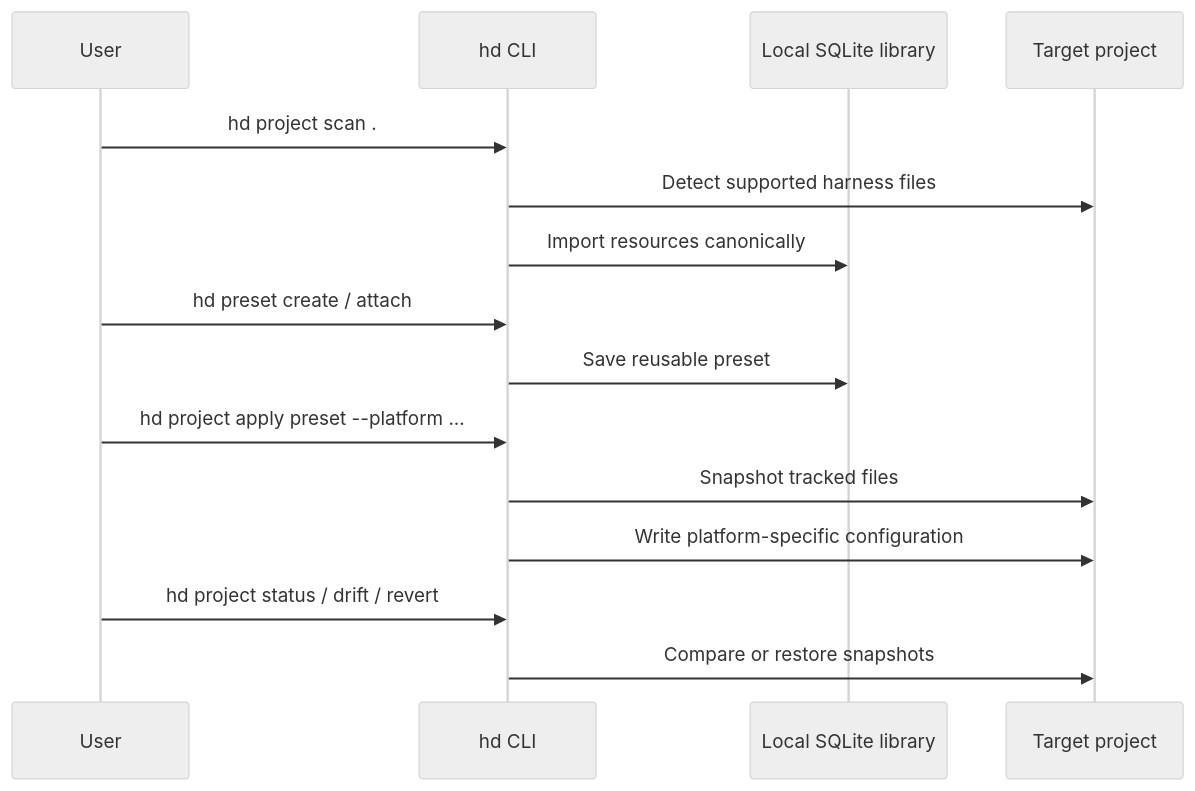
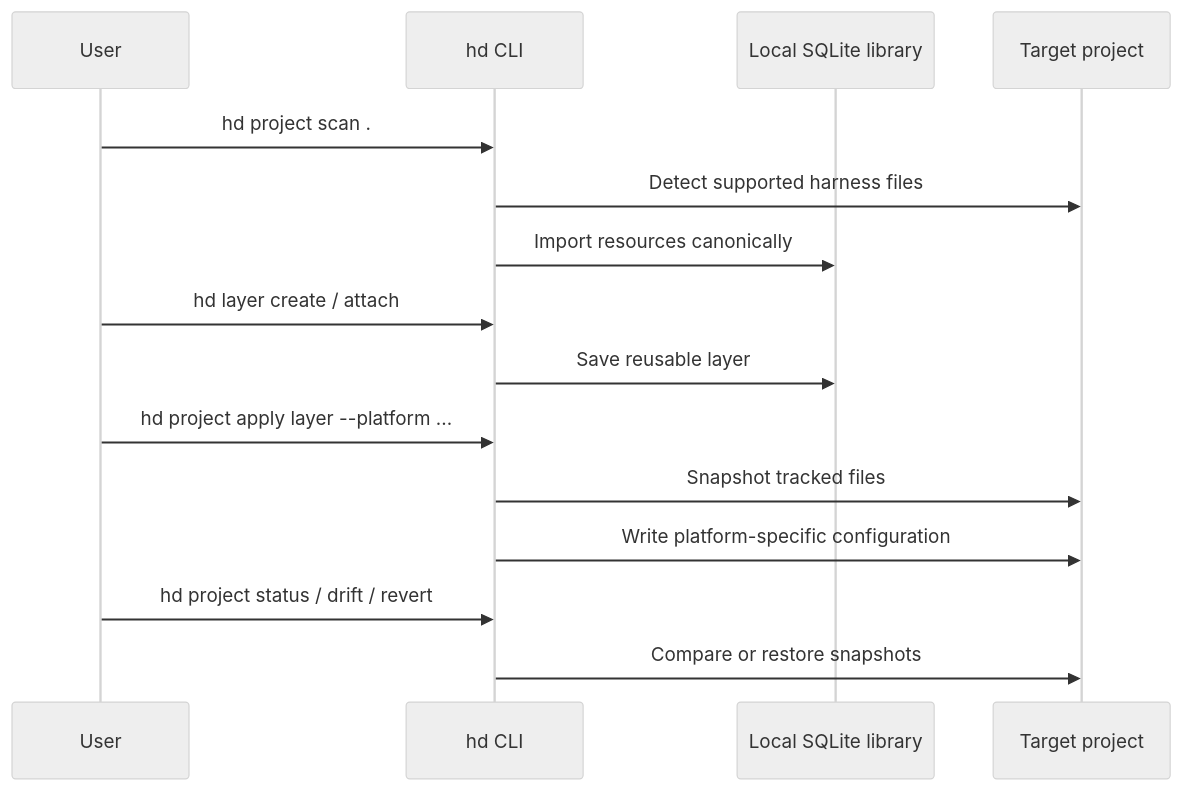
One commit to harnesstap/harnesstap changed the third of 3 diagrams in README.md. Above: the diagram before and after it, drawn with Mermaid (neutral theme). The commit also changed other lines of this file and 134 other files, not shown here.

First line of the commit message:
Rename preset to layer across the OSS CLI.

````diff
--- a/README.md
+++ b/README.md
@@ -162,18 +162,18 @@
 ```mermaid
 sequenceDiagram
   participant User
   participant CLI as hd CLI
   participant DB as Local SQLite library
   participant Project as Target project
 
   User->>CLI: hd project scan .
   CLI->>Project: Detect supported harness files
   CLI->>DB: Import resources canonically
-  User->>CLI: hd preset create / attach
-  CLI->>DB: Save reusable preset
-  User->>CLI: hd project apply preset --platform ...
+  User->>CLI: hd layer create / attach
+  CLI->>DB: Save reusable layer
+  User->>CLI: hd project apply layer --platform ...
   CLI->>Project: Snapshot tracked files
   CLI->>Project: Write platform-specific configuration
   User->>CLI: hd project status / drift / revert
   CLI->>Project: Compare or restore snapshots
 ```
````
